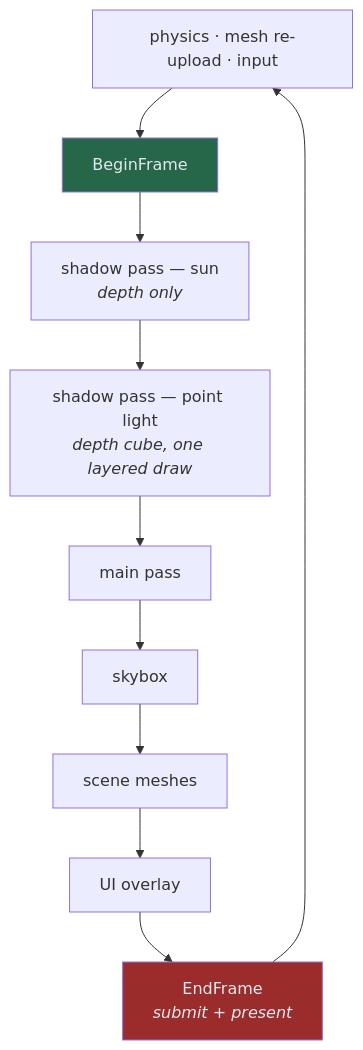
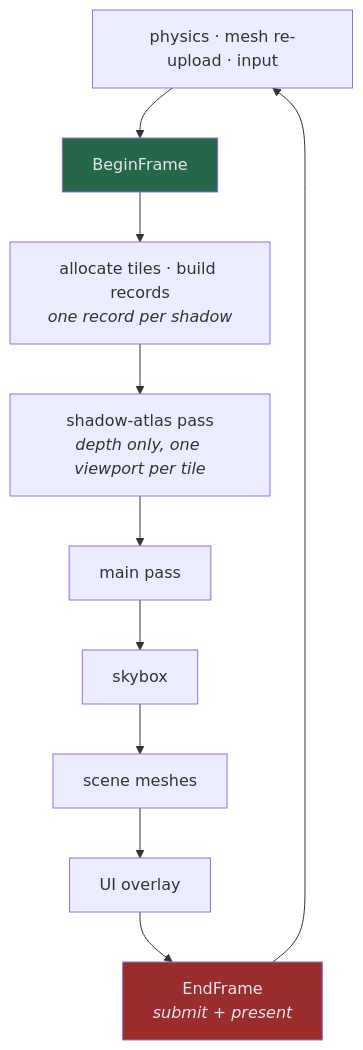
Before and after one commit to Zephyr75/overdrive: the third of 5 diagrams in notes/OVERVIEW.md, drawn with Mermaid. The commit also changed other lines of this file and 26 other files, not shown here.

Commit message:
Setup shadow atlas

````diff
--- a/notes/OVERVIEW.md
+++ b/notes/OVERVIEW.md
@@ -95,13 +95,13 @@
 ```mermaid
 graph TD
     P["physics · mesh re-upload · input"] --> BF["BeginFrame"]
-    BF --> S1["shadow pass — sun<br/><i>depth only</i>"]
-    S1 --> S2["shadow pass — point light<br/><i>depth cube, one layered draw</i>"]
-    S2 --> MP["main pass"]
+    BF --> AL["allocate tiles · build records<br/><i>one record per shadow</i>"]
+    AL --> S1["shadow-atlas pass<br/><i>depth only, one viewport per tile</i>"]
+    S1 --> MP["main pass"]
     MP --> SK["skybox"] --> SC["scene meshes"] --> UI["UI overlay"]
     UI --> EF["EndFrame<br/><i>submit + present</i>"]
     EF --> P
 
     style BF fill:#276749,color:#e2e8f0
     style EF fill:#9b2c2c,color:#e2e8f0
 ```
````
